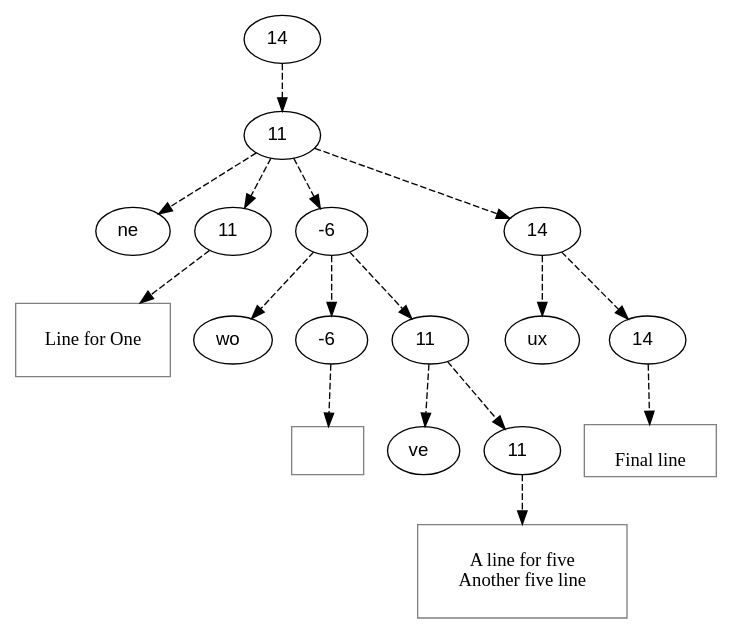
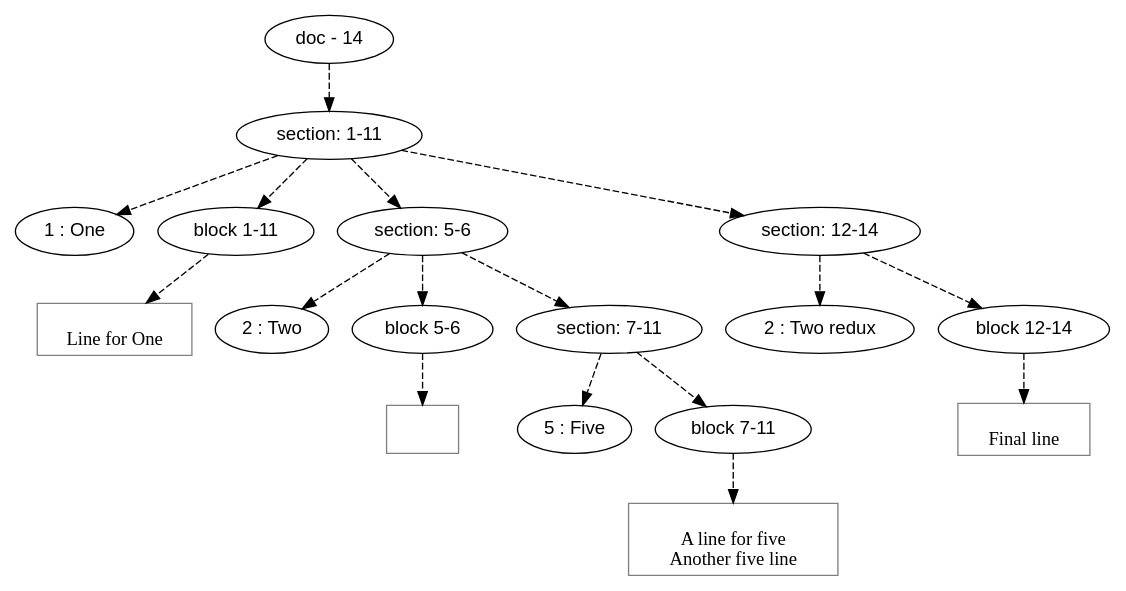
One commit to mnemnion/orb changed the diagram in orb/dot/samples/double_back.gm.dot. Above: the diagram before and after it, drawn with Graphviz. The commit also changed 114 other files, not shown here.

```diff
--- a/orb/dot/samples/double_back.gm.dot
+++ b/orb/dot/samples/double_back.gm.dot
@@ -1,59 +1,72 @@
 digraph hierarchy {
 
 node [fontname=Helvetica]
 edge [style=dashed]
 
-doc_0 [label="14  "]
+doc_0 [label="doc - 14"]
+
 
 doc_0 -> { section_1}
 {rank=same; section_1}
 
-section_1 [label="11  "]
+section_1 [label="section: 1-11"]
+
 
 section_1 -> { header_2 block_3 section_4 section_5}
 {rank=same; header_2 block_3 section_4 section_5}
 
-header_2 [label="ne  "]
-block_3 [label="11  "]
-section_4 [label="-6  "]
-section_5 [label="14  "]
+header_2 [label="1 : One"]
+
+block_3 [label="block 1-11"]
+
+section_4 [label="section: 5-6"]
+
+section_5 [label="section: 12-14"]
+
 
 
 block_3 -> leaf_6
 leaf_6  [color=Gray,shape=rectangle,fontname=Inconsolata,label="
 Line for One
-
-"]section_4 -> { header_7 block_8 section_9}
+"]
+section_4 -> { header_7 block_8 section_9}
 {rank=same; header_7 block_8 section_9}
 
-header_7 [label="wo  "]
-block_8 [label="-6  "]
-section_9 [label="11  "]
+header_7 [label="2 : Two"]
+
+block_8 [label="block 5-6"]
+
+section_9 [label="section: 7-11"]
+
 
 
 block_8 -> leaf_10
-leaf_10  [color=Gray,shape=rectangle,fontname=Inconsolata,label="
-"]section_9 -> { header_11 block_12}
+leaf_10  [color=Gray,shape=rectangle,fontname=Inconsolata,label=""]
+section_9 -> { header_11 block_12}
 {rank=same; header_11 block_12}
 
-header_11 [label="ve  "]
-block_12 [label="11  "]
+header_11 [label="5 : Five"]
+
+block_12 [label="block 7-11"]
+
 
 
 block_12 -> leaf_13
 leaf_13  [color=Gray,shape=rectangle,fontname=Inconsolata,label="
 A line for five
 Another five line
-
-"]section_5 -> { header_14 block_15}
+"]
+section_5 -> { header_14 block_15}
 {rank=same; header_14 block_15}
 
-header_14 [label="ux  "]
-block_15 [label="14  "]
+header_14 [label="2 : Two redux"]
+
+block_15 [label="block 12-14"]
+
 
 
 block_15 -> leaf_16
 leaf_16  [color=Gray,shape=rectangle,fontname=Inconsolata,label="
-Final line
-"]
+Final line"]
+
 }
```
